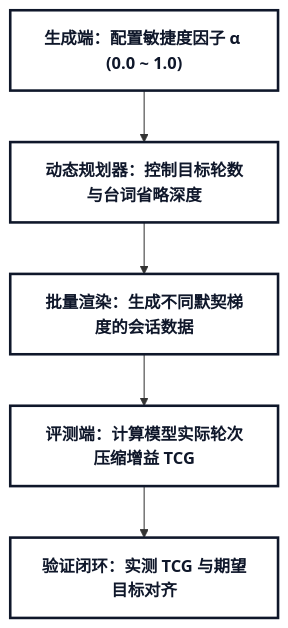
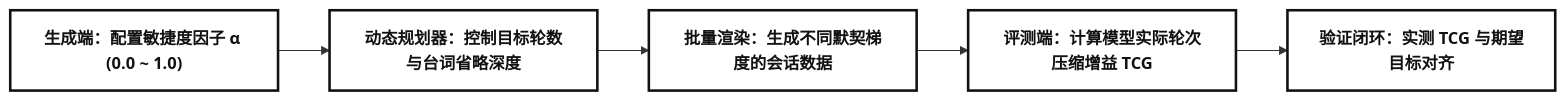
Before and after one commit to wangbanjin1/cross_data_gen: the third of 5 diagrams in docs/archive/memory_evolution_proposal.md, drawn with Mermaid. The commit also changed other lines of this file and 17 other files, not shown here.

Commit message:
refactor(docs): restore native Antigravity Mermaid rendering, remove self-generated diagrams, and standardize rigorous technical terminology

````diff
--- a/docs/archive/memory_evolution_proposal.md
+++ b/docs/archive/memory_evolution_proposal.md
@@ -119,9 +119,9 @@
 ```mermaid
-graph TD
-    classDef default fill:#FFFFFF,stroke:#0F172A,stroke-width:2.5px,color:#0F172A,font-weight:bold;
+graph LR
+    classDef default fill:#FFFFFF,stroke:#111111,stroke-width:2.5px,color:#111111,font-weight:bold;
 
-    A["<b>生成端：配置敏捷度因子 α (0.0 ~ 1.0)</b>"] --> B["<b>动态规划器：控制目标轮数与台词省略深度</b>"]
-    B --> C["<b>批量渲染：生成不同默契梯度的会话数据</b>"]
-    C --> D["<b>评测端：计算模型实际轮次压缩增益 TCG</b>"]
-    D --> E["<b>验证闭环：实测 TCG 与期望目标对齐</b>"]
+    A["生成端：配置敏捷度因子 α (0.0 ~ 1.0)"] --> B["动态规划器：控制目标轮数与台词省略深度"]
+    B --> C["批量渲染：生成不同默契梯度的会话数据"]
+    C --> D["评测端：计算模型实际轮次压缩增益 TCG"]
+    D --> E["验证闭环：实测 TCG 与期望目标对齐"]
 ```
````
